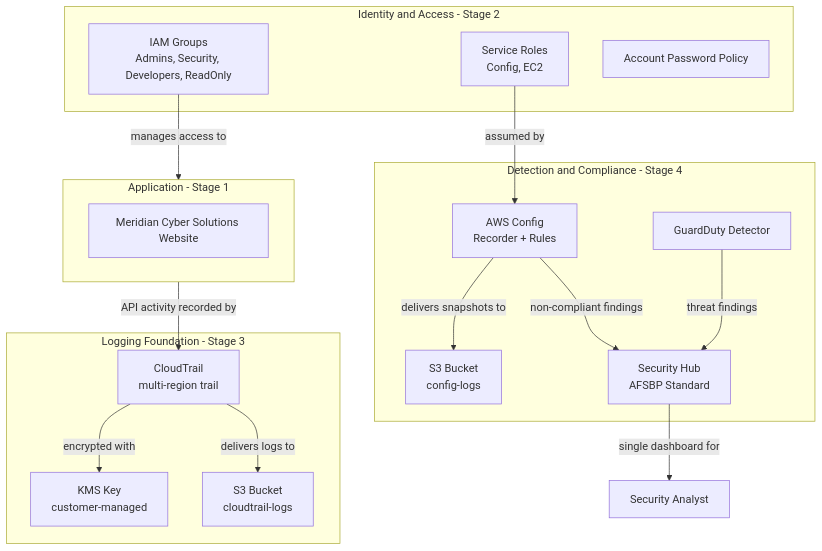
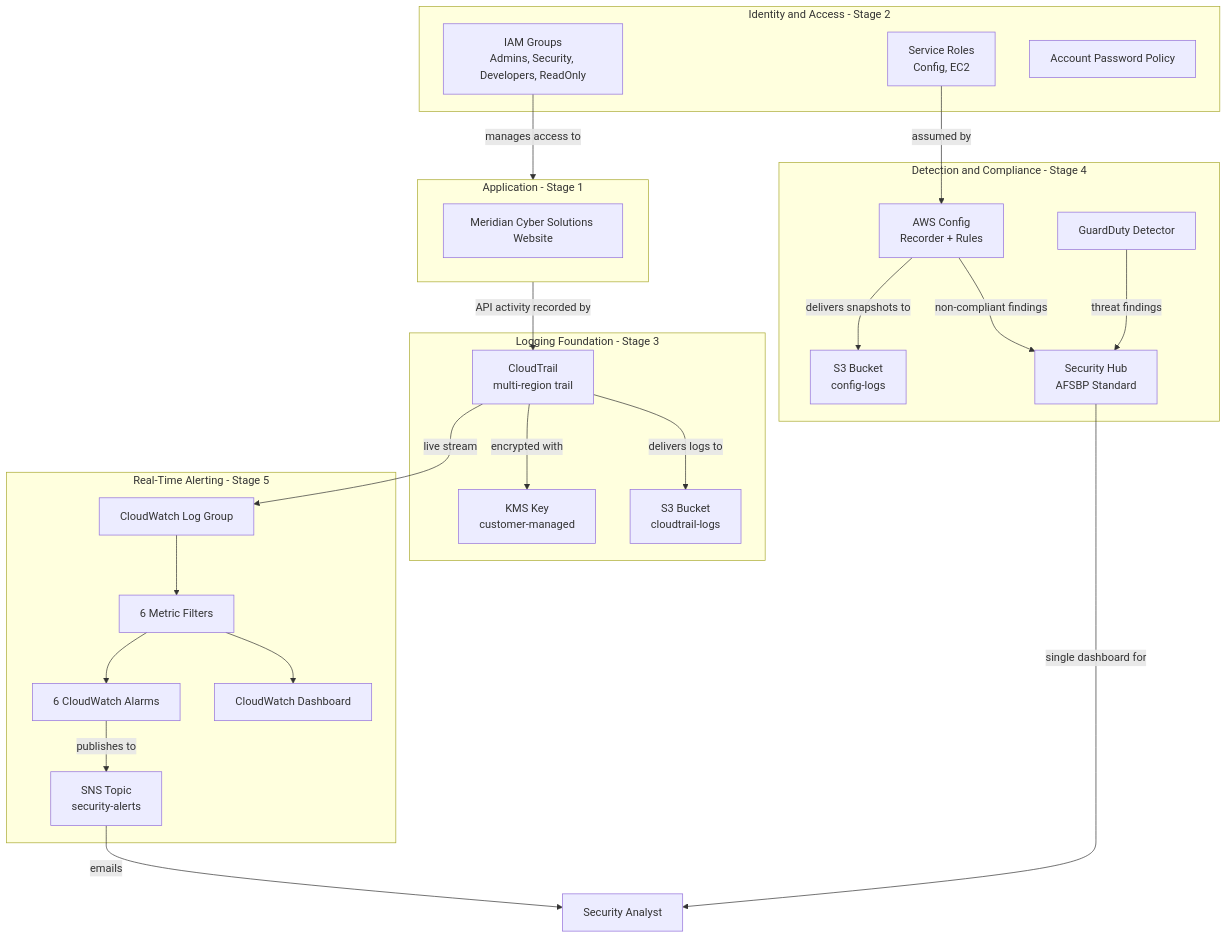
The diagram in docs/architecture.md (OmarAlali966/aws-enterprise-security-monitoring-platform), drawn with Mermaid before and after one commit. The commit also changed other lines of this file, not shown here.

````diff
--- a/docs/architecture.md
+++ b/docs/architecture.md
@@ -20,35 +21,49 @@
 ```mermaid
 flowchart TB
     subgraph Identity[Identity and Access - Stage 2]
         IAMGroups[IAM Groups\nAdmins, Security, Developers, ReadOnly]
         IAMRoles[Service Roles\nConfig, EC2]
         PasswordPolicy[Account Password Policy]
     end
 
     subgraph Logging[Logging Foundation - Stage 3]
         CloudTrail[CloudTrail\nmulti-region trail]
         KMSKey[KMS Key\ncustomer-managed]
         CTBucket[S3 Bucket\ncloudtrail-logs]
     end
 
     subgraph Detection[Detection and Compliance - Stage 4]
         GuardDuty[GuardDuty Detector]
         Config[AWS Config\nRecorder + Rules]
         ConfigBucket[S3 Bucket\nconfig-logs]
         SecurityHub[Security Hub\nAFSBP Standard]
     end
 
+    subgraph Alerting[Real-Time Alerting - Stage 5]
+        LogGroup[CloudWatch Log Group]
+        MetricFilters[6 Metric Filters]
+        Alarms[6 CloudWatch Alarms]
+        SNSTopic[SNS Topic\nsecurity-alerts]
+        Dashboard[CloudWatch Dashboard]
+    end
+
     subgraph App[Application - Stage 1]
         Website[Meridian Cyber Solutions Website]
     end
 
     IAMGroups -->|manages access to| App
     IAMRoles -->|assumed by| Config
     App -->|API activity recorded by| CloudTrail
     CloudTrail -->|encrypted with| KMSKey
     CloudTrail -->|delivers logs to| CTBucket
+    CloudTrail -->|live stream| LogGroup
+    LogGroup --> MetricFilters
+    MetricFilters --> Alarms
+    MetricFilters --> Dashboard
+    Alarms -->|publishes to| SNSTopic
+    SNSTopic -->|emails| Analyst[Security Analyst]
     Config -->|delivers snapshots to| ConfigBucket
     Config -->|non-compliant findings| SecurityHub
     GuardDuty -->|threat findings| SecurityHub
-    SecurityHub -->|single dashboard for| Analyst[Security Analyst]
+    SecurityHub -->|single dashboard for| Analyst
 ```
````
